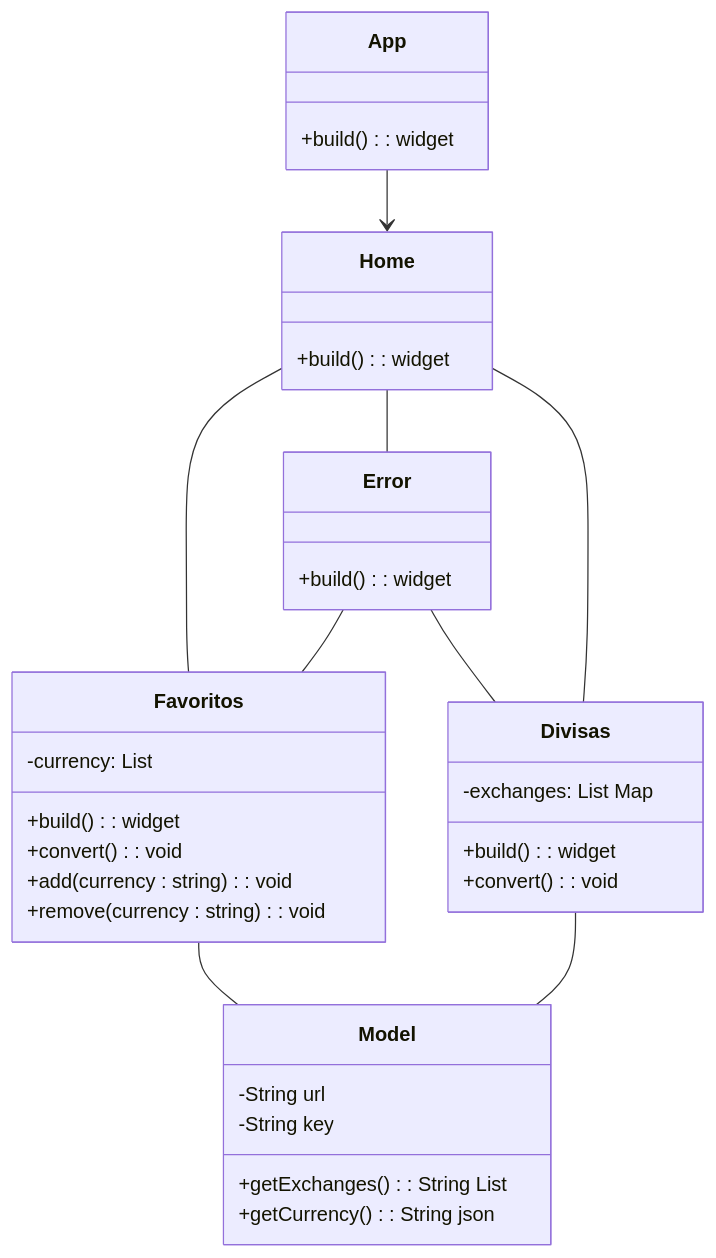
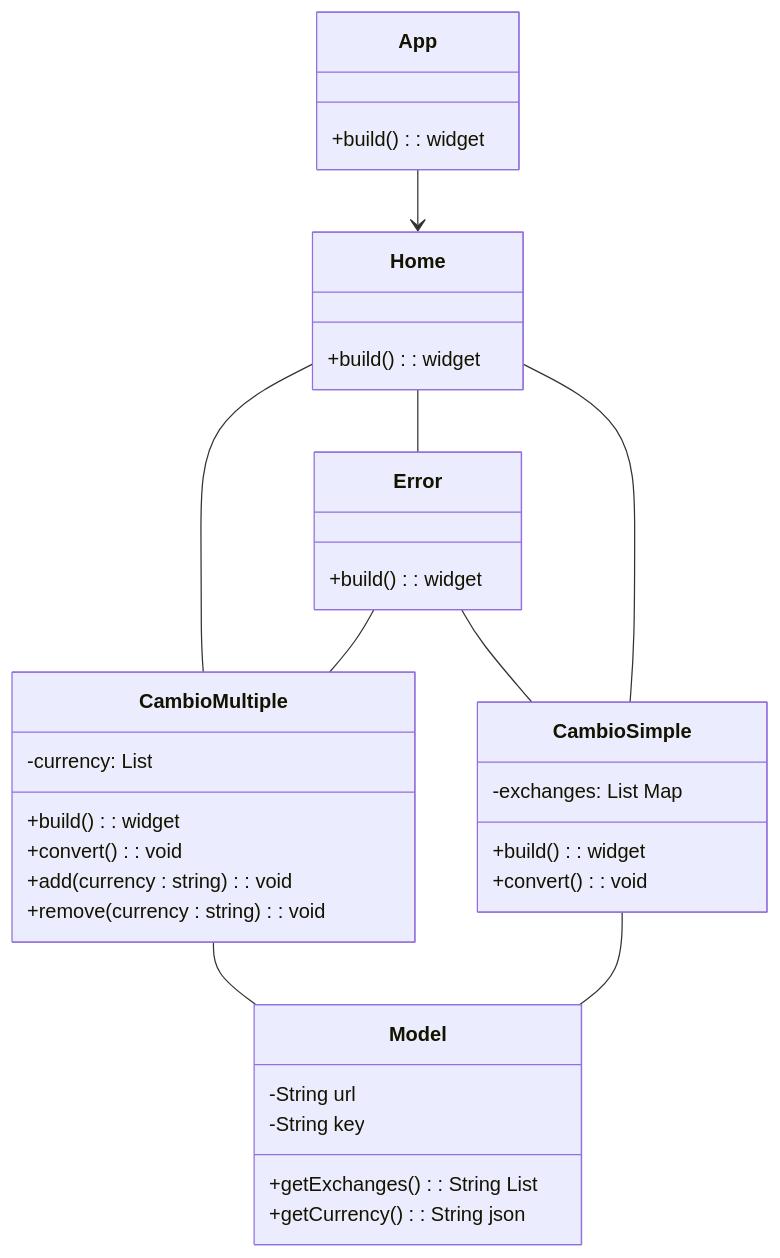
One commit to braisf03/IPM changed the first of 2 diagrams in Mobile/diseño-sw.md. Above: the diagram before and after it, drawn with Mermaid.

````diff
--- a/Mobile/diseño-sw.md
+++ b/Mobile/diseño-sw.md
@@ -4,47 +4,47 @@
 ```mermaid
 classDiagram
 
 App --> Home
 Home -- Error
-Home -- Favoritos
-Error -- Favoritos
-Error -- Divisas
+Home -- CambioMultiple
+Error -- CambioMultiple
+Error -- CambioSimple
 
-Favoritos -- Model
-Divisas -- Model
-Home -- Divisas
+CambioMultiple -- Model
+CambioSimple -- Model
+Home -- CambioSimple
 
 class App {
 +build(): widget
 }
 
 class Home {
 +build(): widget
 }
 
 class Error {
 +build(): widget
 }
 
-class Divisas {
+class CambioSimple {
 -exchanges: List Map
 +build(): widget
 +convert(): void
 }
 
-class Favoritos {
+class CambioMultiple {
 -currency: List
 +build(): widget
 +convert(): void
 +add(currency : string): void
 +remove(currency : string): void
 }
 
 class Model {
 -String url
 -String key
 +getExchanges(): String List
 +getCurrency(): String json
 }
 
 ```
````
